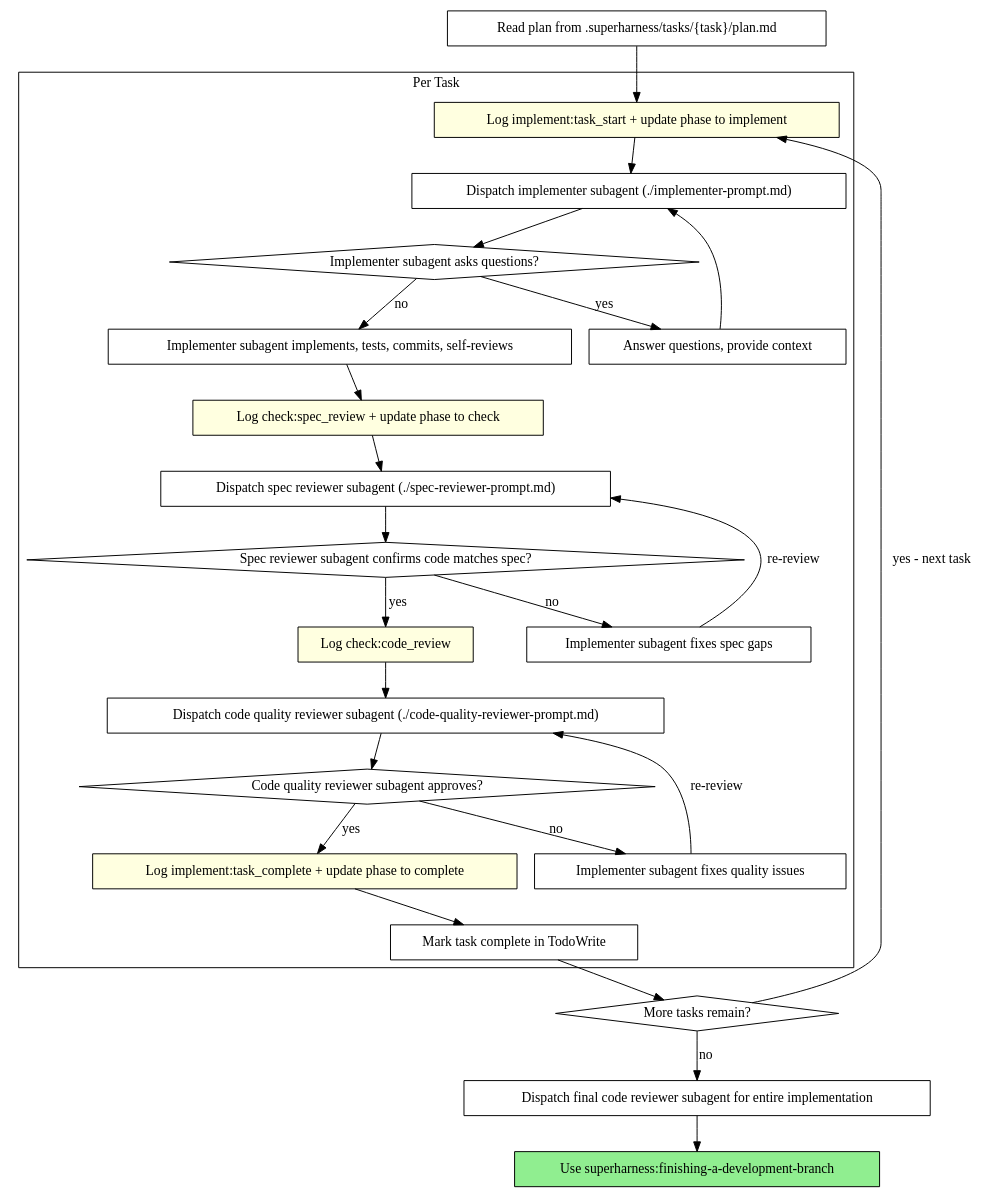
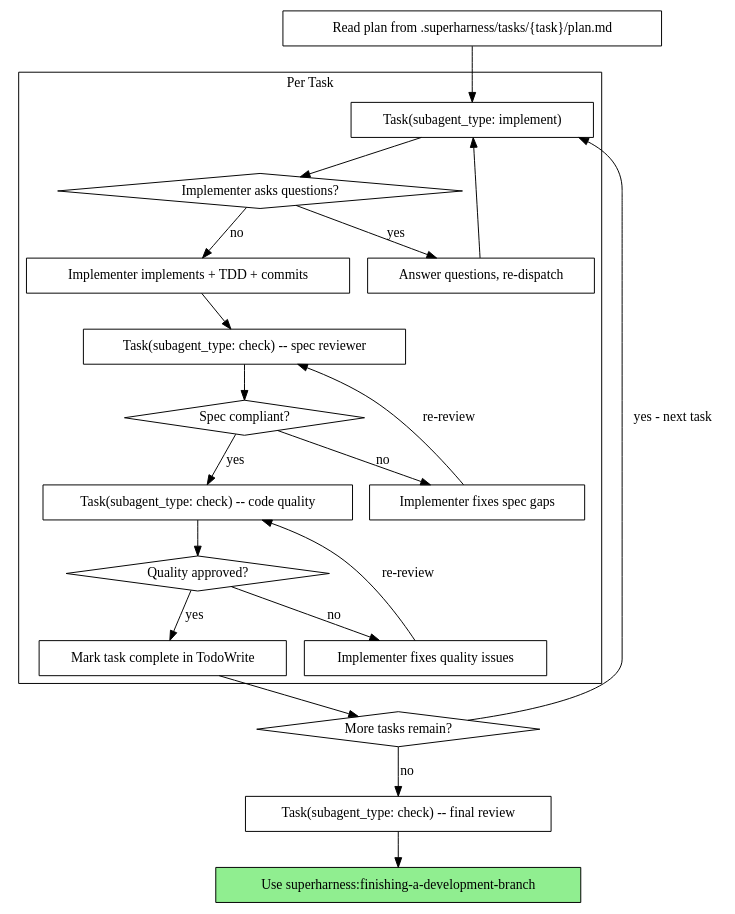
The second of 2 diagrams in skills/subagent-driven-development/SKILL.md (Mrlyk/superharness), drawn with Graphviz before and after one commit. The commit also changed other lines of this file and 16 other files, not shown here.

````diff
--- a/skills/subagent-driven-development/SKILL.md
+++ b/skills/subagent-driven-development/SKILL.md
@@ -79,52 +82,44 @@
 ```dot
 digraph process {
     rankdir=TB;
 
     subgraph cluster_per_task {
         label="Per Task";
-        "Log implement:task_start + update phase to implement" [shape=box style=filled fillcolor=lightyellow];
-        "Dispatch implementer subagent (./implementer-prompt.md)" [shape=box];
-        "Implementer subagent asks questions?" [shape=diamond];
-        "Answer questions, provide context" [shape=box];
-        "Implementer subagent implements, tests, commits, self-reviews" [shape=box];
-        "Log check:spec_review + update phase to check" [shape=box style=filled fillcolor=lightyellow];
-        "Dispatch spec reviewer subagent (./spec-reviewer-prompt.md)" [shape=box];
-        "Spec reviewer subagent confirms code matches spec?" [shape=diamond];
-        "Implementer subagent fixes spec gaps" [shape=box];
-        "Log check:code_review" [shape=box style=filled fillcolor=lightyellow];
-        "Dispatch code quality reviewer subagent (./code-quality-reviewer-prompt.md)" [shape=box];
-        "Code quality reviewer subagent approves?" [shape=diamond];
-        "Implementer subagent fixes quality issues" [shape=box];
-        "Log implement:task_complete + update phase to complete" [shape=box style=filled fillcolor=lightyellow];
+        "Task(subagent_type: implement)" [shape=box];
+        "Implementer asks questions?" [shape=diamond];
+        "Answer questions, re-dispatch" [shape=box];
+        "Implementer implements + TDD + commits" [shape=box];
+        "Task(subagent_type: check) -- spec reviewer" [shape=box];
+        "Spec compliant?" [shape=diamond];
+        "Implementer fixes spec gaps" [shape=box];
+        "Task(subagent_type: check) -- code quality" [shape=box];
+        "Quality approved?" [shape=diamond];
+        "Implementer fixes quality issues" [shape=box];
         "Mark task complete in TodoWrite" [shape=box];
     }
 
     "Read plan from .superharness/tasks/{task}/plan.md" [shape=box];
     "More tasks remain?" [shape=diamond];
-    "Dispatch final code reviewer subagent for entire implementation" [shape=box];
+    "Task(subagent_type: check) -- final review" [shape=box];
     "Use superharness:finishing-a-development-branch" [shape=box style=filled fillcolor=lightgreen];
 
-    "Read plan from .superharness/tasks/{task}/plan.md" -> "Log implement:task_start + update phase to implement";
-    "Log implement:task_start + update phase to implement" -> "Dispatch implementer subagent (./implementer-prompt.md)";
-    "Dispatch implementer subagent (./implementer-prompt.md)" -> "Implementer subagent asks questions?";
-    "Implementer subagent asks questions?" -> "Answer questions, provide context" [label="yes"];
-    "Answer questions, provide context" -> "Dispatch implementer subagent (./implementer-prompt.md)";
-    "Implementer subagent asks questions?" -> "Implementer subagent implements, tests, commits, self-reviews" [label="no"];
-    "Implementer subagent implements, tests, commits, self-reviews" -> "Log check:spec_review + update phase to check";
-    "Log check:spec_review + update phase to check" -> "Dispatch spec reviewer subagent (./spec-reviewer-prompt.md)";
-    "Dispatch spec reviewer subagent (./spec-reviewer-prompt.md)" -> "Spec reviewer subagent confirms code matches spec?";
-    "Spec reviewer subagent confirms code matches spec?" -> "Implementer subagent fixes spec gaps" [label="no"];
-    "Implementer subagent fixes spec gaps" -> "Dispatch spec reviewer subagent (./spec-reviewer-prompt.md)" [label="re-review"];
-    "Spec reviewer subagent confirms code matches spec?" -> "Log check:code_review" [label="yes"];
-    "Log check:code_review" -> "Dispatch code quality reviewer subagent (./code-quality-reviewer-prompt.md)";
-    "Dispatch code quality reviewer subagent (./code-quality-reviewer-prompt.md)" -> "Code quality reviewer subagent approves?";
-    "Code quality reviewer subagent approves?" -> "Implementer subagent fixes quality issues" [label="no"];
-    "Implementer subagent fixes quality issues" -> "Dispatch code quality reviewer subagent (./code-quality-reviewer-prompt.md)" [label="re-review"];
-    "Code quality reviewer subagent approves?" -> "Log implement:task_complete + update phase to complete" [label="yes"];
-    "Log implement:task_complete + update phase to complete" -> "Mark task complete in TodoWrite";
+    "Read plan from .superharness/tasks/{task}/plan.md" -> "Task(subagent_type: implement)";
+    "Task(subagent_type: implement)" -> "Implementer asks questions?";
+    "Implementer asks questions?" -> "Answer questions, re-dispatch" [label="yes"];
+    "Answer questions, re-dispatch" -> "Task(subagent_type: implement)";
+    "Implementer asks questions?" -> "Implementer implements + TDD + commits" [label="no"];
+    "Implementer implements + TDD + commits" -> "Task(subagent_type: check) -- spec reviewer";
+    "Task(subagent_type: check) -- spec reviewer" -> "Spec compliant?";
+    "Spec compliant?" -> "Implementer fixes spec gaps" [label="no"];
+    "Implementer fixes spec gaps" -> "Task(subagent_type: check) -- spec reviewer" [label="re-review"];
+    "Spec compliant?" -> "Task(subagent_type: check) -- code quality" [label="yes"];
+    "Task(subagent_type: check) -- code quality" -> "Quality approved?";
+    "Quality approved?" -> "Implementer fixes quality issues" [label="no"];
+    "Implementer fixes quality issues" -> "Task(subagent_type: check) -- code quality" [label="re-review"];
+    "Quality approved?" -> "Mark task complete in TodoWrite" [label="yes"];
     "Mark task complete in TodoWrite" -> "More tasks remain?";
-    "More tasks remain?" -> "Log implement:task_start + update phase to implement" [label="yes - next task"];
-    "More tasks remain?" -> "Dispatch final code reviewer subagent for entire implementation" [label="no"];
-    "Dispatch final code reviewer subagent for entire implementation" -> "Use superharness:finishing-a-development-branch";
+    "More tasks remain?" -> "Task(subagent_type: implement)" [label="yes - next task"];
+    "More tasks remain?" -> "Task(subagent_type: check) -- final review" [label="no"];
+    "Task(subagent_type: check) -- final review" -> "Use superharness:finishing-a-development-branch";
 }
 ```
````
